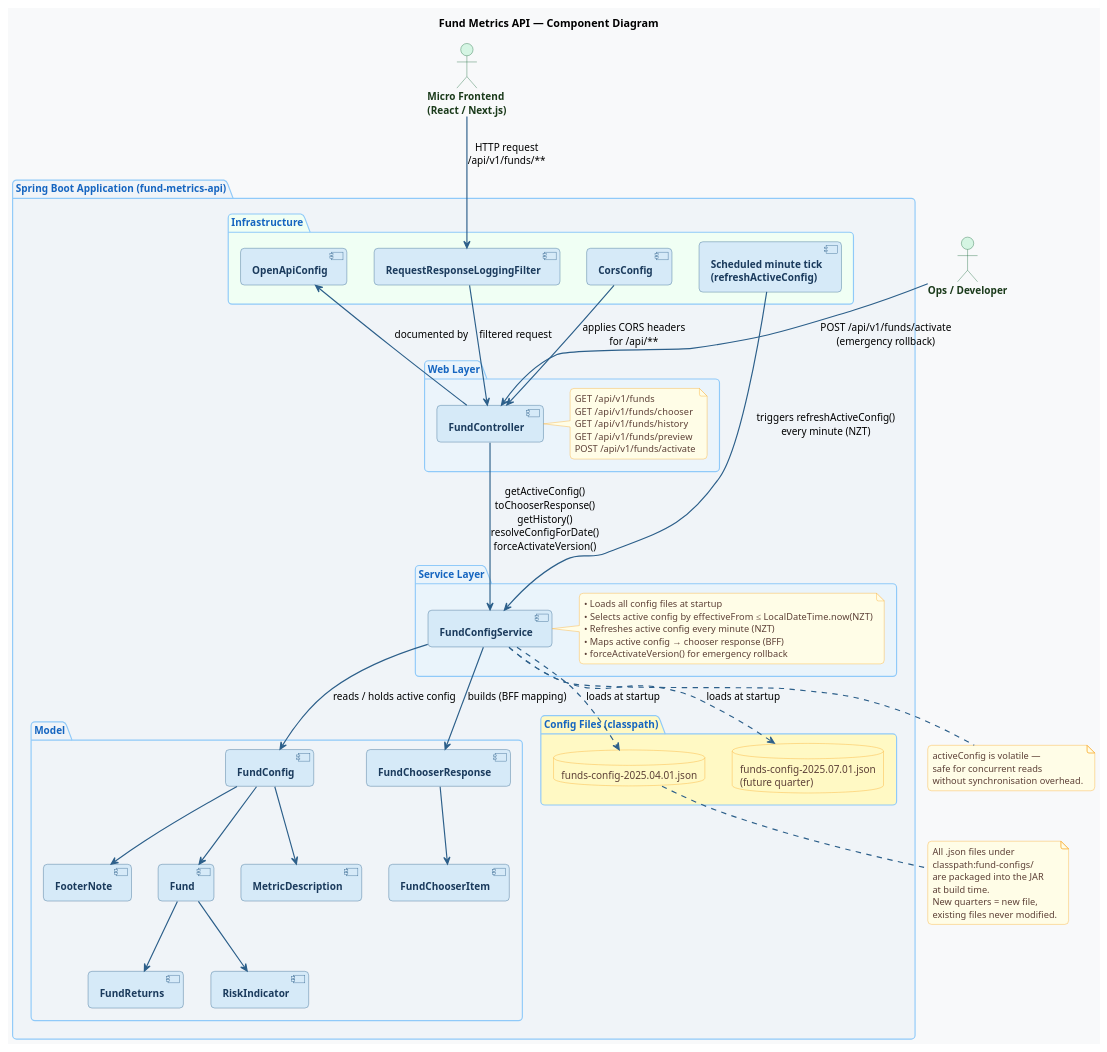
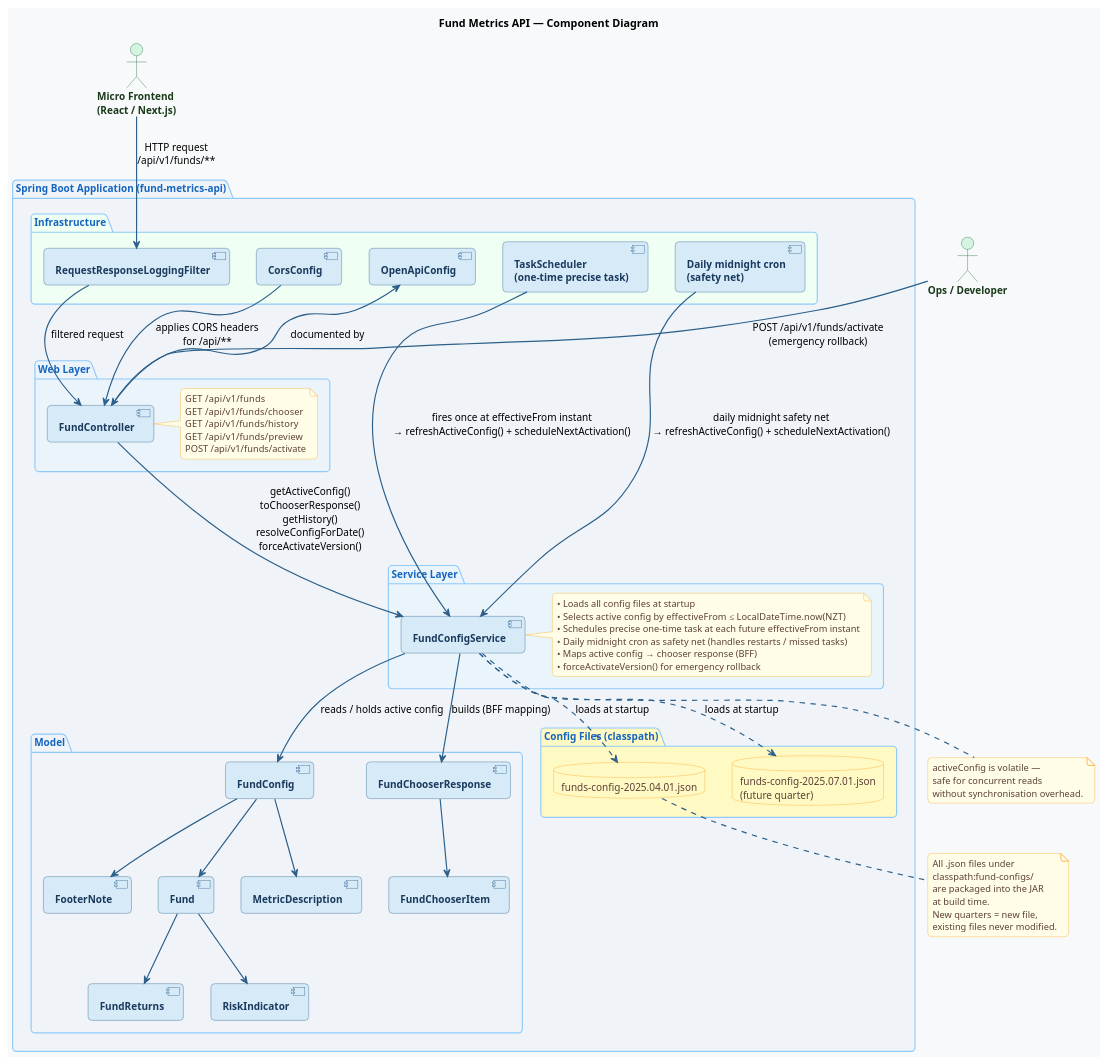
The diagram in docs/component-diagram.puml (senthilknz/fund-metrics-api), drawn with PlantUML before and after one commit. The commit also changed 5 other files, not shown here.

First line of the commit message:
refactor: replace every-minute cron with precise TaskScheduler + daily safety net

```diff
--- a/docs/component-diagram.puml
+++ b/docs/component-diagram.puml
@@ -1,144 +1,147 @@
 @startuml component-diagram
 title Fund Metrics API — Component Diagram
 
 skinparam backgroundColor #F8F9FA
 skinparam defaultFontName Arial
 skinparam defaultFontSize 13
 skinparam roundcorner 10
 skinparam shadowing false
 skinparam ArrowThickness 1.5
 skinparam ArrowColor #2C5F8A
 
 skinparam component {
   BackgroundColor #D6EAF8
   BorderColor     #2C5F8A
   FontColor       #1A3A5C
   FontStyle       Bold
 }
 
 skinparam database {
   BackgroundColor #FFF9C4
   BorderColor     #F9A825
   FontColor       #5D4037
 }
 
 skinparam package {
   BackgroundColor #F0F4F8
   BorderColor     #90CAF9
   FontColor       #1565C0
   FontStyle       Bold
 }
 
 skinparam note {
   BackgroundColor #FFFDE7
   BorderColor     #F9A825
   FontColor       #5D4037
   FontSize        12
 }
 
 skinparam actor {
   BackgroundColor #D5F5E3
   BorderColor     #1A6B3A
   FontColor       #1A3A1A
   FontStyle       Bold
 }
 
 ' ─────────────────────────────────────────────
 '  External actors
 ' ─────────────────────────────────────────────
 actor "Micro Frontend\n(React / Next.js)" as MFE
 actor "Ops / Developer"                   as OPS
 
 ' ─────────────────────────────────────────────
 '  Spring Boot Application
 ' ─────────────────────────────────────────────
 package "Spring Boot Application (fund-metrics-api)" {
 
   package "Web Layer" #EBF4FB {
     [FundController] as CTRL
     note right of CTRL
       GET  /api/v1/funds
       GET  /api/v1/funds/chooser
       GET  /api/v1/funds/history
       GET  /api/v1/funds/preview
       POST /api/v1/funds/activate
     end note
   }
 
   package "Service Layer" #EAF4FB {
     [FundConfigService] as SVC
 
     note right of SVC
       • Loads all config files at startup
       • Selects active config by effectiveFrom ≤ LocalDateTime.now(NZT)
-      • Refreshes active config every minute (NZT)
+      • Schedules precise one-time task at each future effectiveFrom instant
+      • Daily midnight cron as safety net (handles restarts / missed tasks)
       • Maps active config → chooser response (BFF)
       • forceActivateVersion() for emergency rollback
     end note
   }
 
   package "Model" #F0F4F8 {
     [FundConfig]         as FCONFIG
     [Fund]               as FUND
     [FundReturns]        as FRETURNS
     [RiskIndicator]      as RISK
     [MetricDescription]  as MD
     [FooterNote]         as FN
     [FundChooserResponse] as CHOOSER
     [FundChooserItem]    as CITEM
   }
 
   package "Config Files (classpath)" #FFF9C4 {
     database "funds-config-2025.04.01.json" as CFG1
     database "funds-config-2025.07.01.json\n(future quarter)" as CFG2
   }
 
   package "Infrastructure" #F0FFF4 {
     [RequestResponseLoggingFilter] as LOG
     [CorsConfig]                   as CORS
     [OpenApiConfig]                as OAS
-    [Scheduled minute tick\n(refreshActiveConfig)] as SCHED
+    [TaskScheduler\n(one-time precise task)] as SCHED
+    [Daily midnight cron\n(safety net)] as CRON
   }
 }
 
 ' ─────────────────────────────────────────────
 '  Relationships
 ' ─────────────────────────────────────────────
 
 MFE  -->  LOG    : HTTP request\n/api/v1/funds/**
 LOG  -->  CTRL   : filtered request
 CTRL -->  SVC    : getActiveConfig()\ntoChooserResponse()\ngetHistory()\nresolveConfigForDate()\nforceActivateVersion()
 SVC  -->  FCONFIG : reads / holds active config
 SVC  -->  CHOOSER : builds (BFF mapping)
 FCONFIG --> FUND
 FUND --> FRETURNS
 FUND --> RISK
 FCONFIG --> MD
 FCONFIG --> FN
 CHOOSER --> CITEM
 
 SVC  ..>  CFG1   : loads at startup
 SVC  ..>  CFG2   : loads at startup
-SCHED --> SVC    : triggers refreshActiveConfig()\nevery minute (NZT)
+SCHED --> SVC    : fires once at effectiveFrom instant\n→ refreshActiveConfig() + scheduleNextActivation()
+CRON  --> SVC    : daily midnight safety net\n→ refreshActiveConfig() + scheduleNextActivation()
 
 OPS  -->  CTRL   : POST /api/v1/funds/activate\n(emergency rollback)
 
 CTRL --> OAS : documented by
 CORS --> CTRL : applies CORS headers\nfor /api/**
 
 note bottom of CFG1
   All .json files under
   classpath:fund-configs/
   are packaged into the JAR
   at build time.
   New quarters = new file,
   existing files never modified.
 end note
 
 note bottom of SVC
   activeConfig is volatile —
   safe for concurrent reads
   without synchronisation overhead.
 end note
 
 @enduml
```
